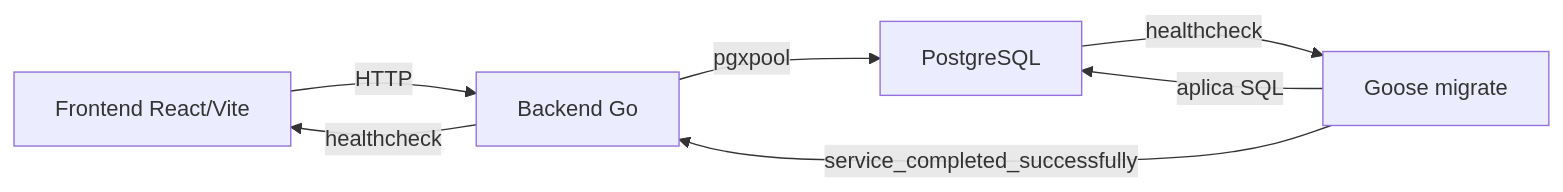
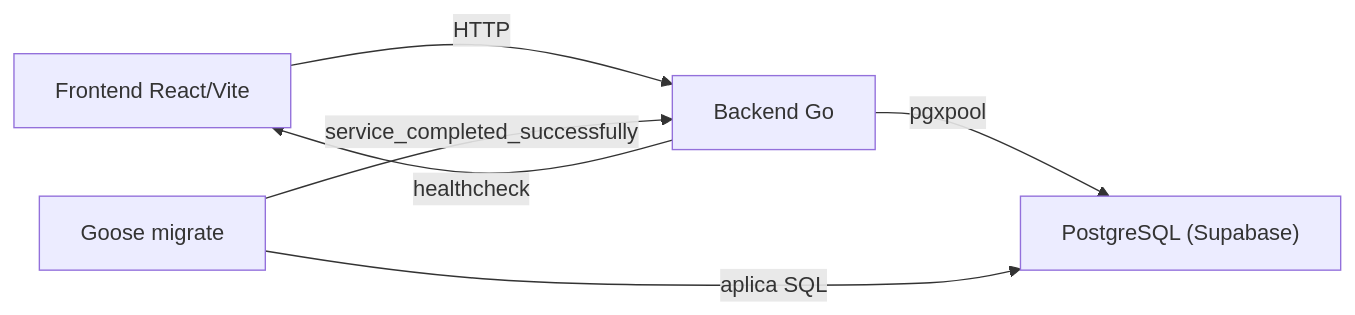
Before and after one commit to LoteoApp/LoteosAPP: the first of 2 diagrams in docs/architecture.md, drawn with Mermaid. The commit also changed other lines of this file and 15 other files, not shown here.

First line of the commit message:
feat: point backend and migrations at the supabase database

````diff
--- a/docs/architecture.md
+++ b/docs/architecture.md
@@ -20,9 +20,8 @@
 ```mermaid
 flowchart LR
     frontend["Frontend React/Vite"] -->|HTTP| backend["Backend Go"]
-    backend -->|pgxpool| db["PostgreSQL"]
+    backend -->|pgxpool| db["PostgreSQL (Supabase)"]
     migrate["Goose migrate"] -->|aplica SQL| db
-    db -->|healthcheck| migrate
     migrate -->|service_completed_successfully| backend
     backend -->|healthcheck| frontend
 ```
````
